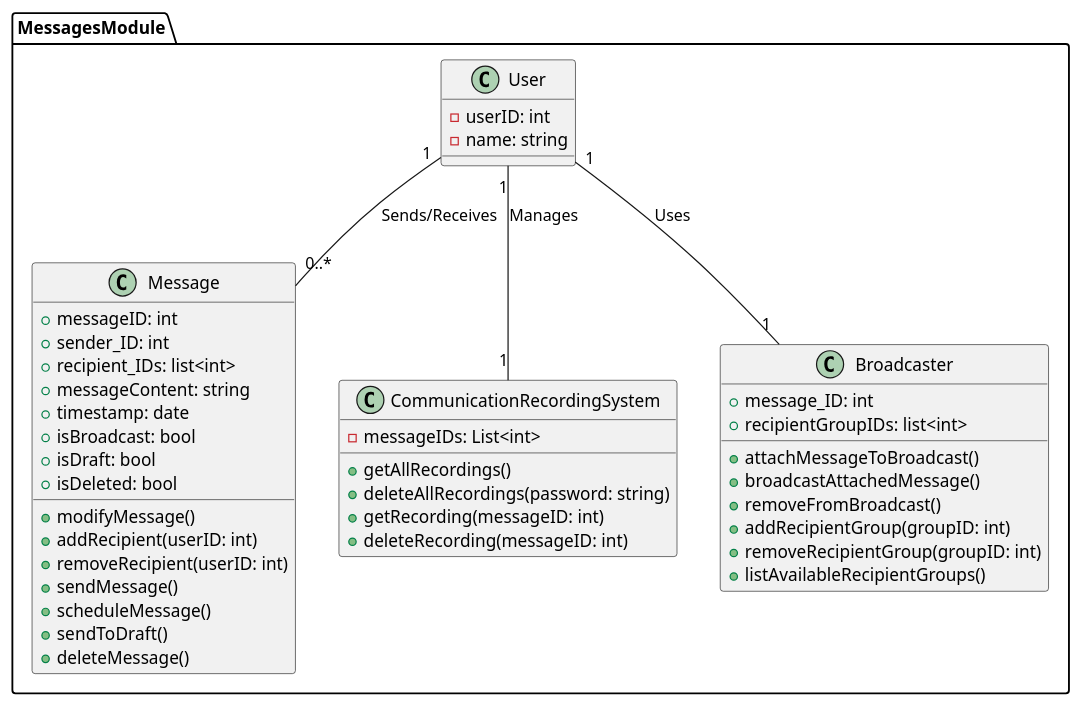
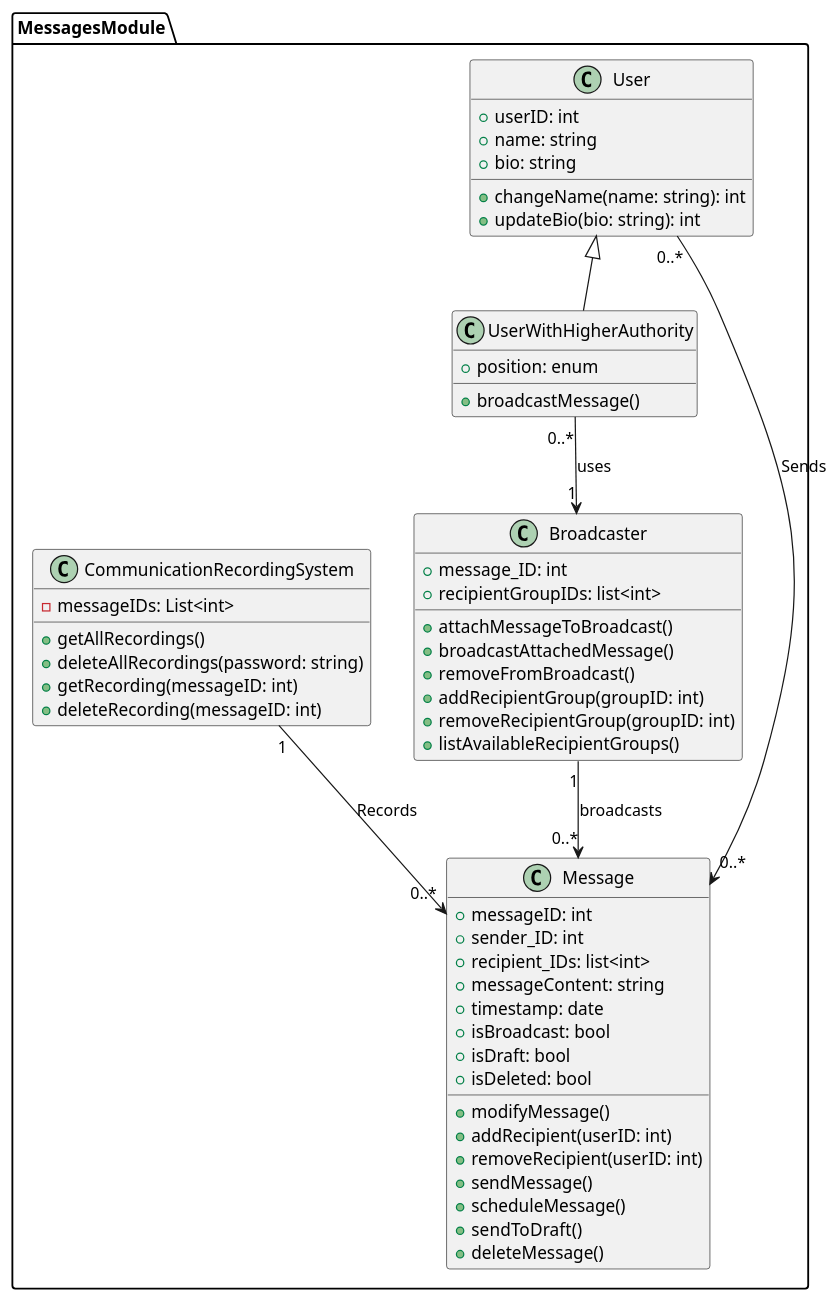
Before and after one commit to anshium/DASS-Assignment-3-IMS-System-Design: the diagram in messages.plantuml, drawn with PlantUML. The commit also changed 1 other file, not shown here.

```diff
--- a/messages.plantuml
+++ b/messages.plantuml
@@ -1,52 +1,63 @@
 @startuml messages
 package MessagesModule {
     class User {
-        - userID: int
-        - name: string
+        + userID: int
+        + name: string
+        + bio: string
+
+        + changeName(name: string): int
+        + updateBio(bio: string): int
+    }
+
+    class UserWithHigherAuthority extends User {
+        + position: enum
+
+        + broadcastMessage()
     }
 
     class Message {
         + messageID: int
         + sender_ID: int
         + recipient_IDs: list<int>
         + messageContent: string
         + timestamp: date
         + isBroadcast: bool
         + isDraft: bool
         + isDeleted: bool
 
         + modifyMessage()
         + addRecipient(userID: int)
         + removeRecipient(userID: int)
         + sendMessage()
         + scheduleMessage()
         + sendToDraft()
         + deleteMessage()
     }
 
     class CommunicationRecordingSystem {
         - messageIDs: List<int>
 
         + getAllRecordings()
         + deleteAllRecordings(password: string)
         + getRecording(messageID: int)
         + deleteRecording(messageID: int)
     }
 
     class Broadcaster {
         + message_ID: int
         + recipientGroupIDs: list<int>
 
         + attachMessageToBroadcast()
         + broadcastAttachedMessage()
         + removeFromBroadcast()
         + addRecipientGroup(groupID: int)
         + removeRecipientGroup(groupID: int)
         + listAvailableRecipientGroups()
     }
 
-    User "1" -- "0..*" Message : "Sends/Receives"
-    User "1" -- "1" CommunicationRecordingSystem : "Manages"
-    User "1" -- "1" Broadcaster : "Uses"
+    Broadcaster "1" --> "0..*" Message: broadcasts
+    CommunicationRecordingSystem "1" --> "0..*" Message: Records
+    User "0..*" --> "0..*" Message: Sends
+    UserWithHigherAuthority "0..*" --> "1" Broadcaster: uses
 }
 @enduml
```
